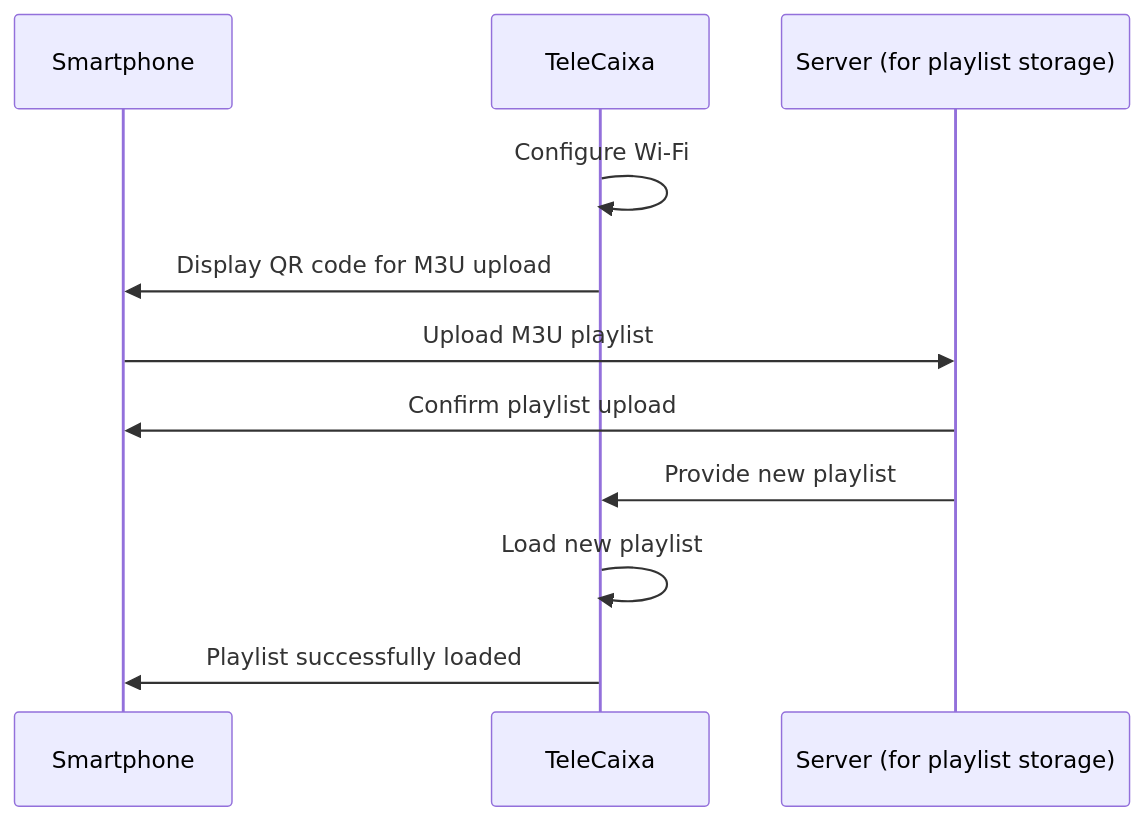
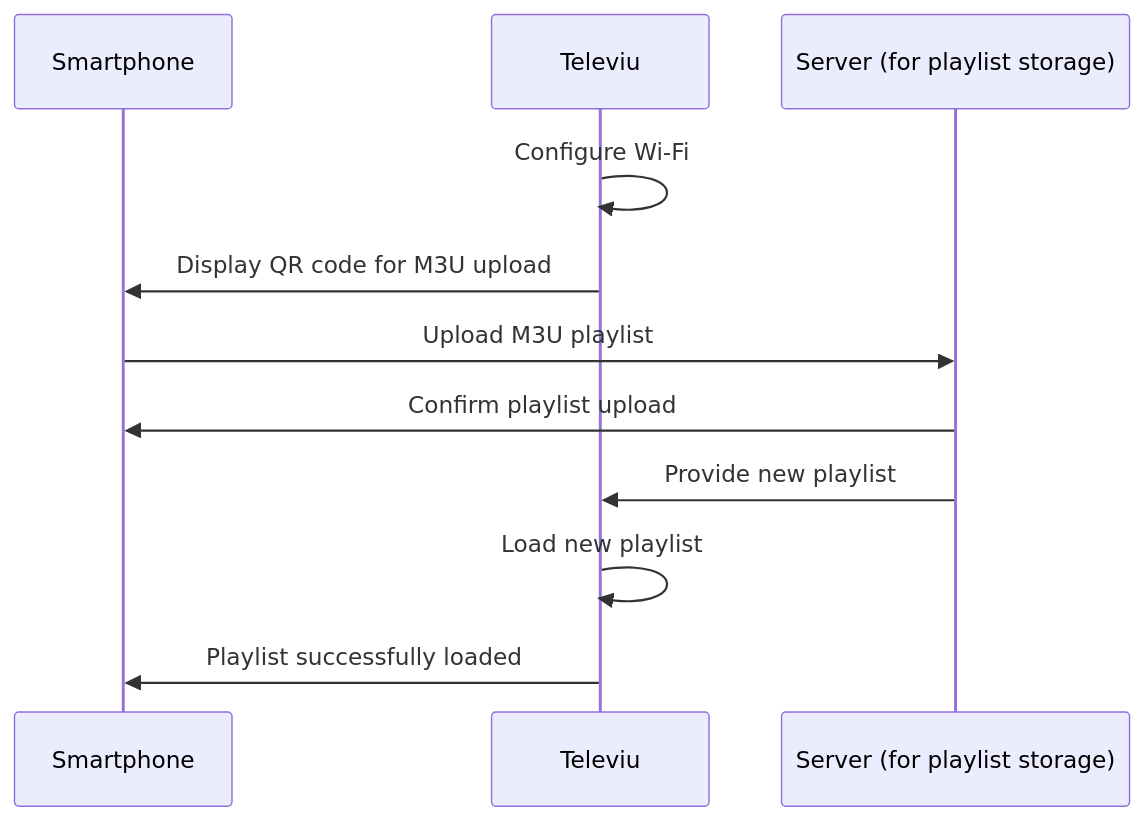
One commit to Telecaixa/.github changed the diagram in profile/README.md. Above: the diagram before and after it, drawn with Mermaid. The commit also changed other lines of this file, not shown here.

Commit message:
chore: rename project to Televiu

````diff
--- a/profile/README.md
+++ b/profile/README.md
@@ -25,14 +25,14 @@
 ```mermaid
 sequenceDiagram
     participant User as Smartphone
-    participant System as TeleCaixa
+    participant System as Televiu
     participant Server as Server (for playlist storage)
 
     System->>System: Configure Wi-Fi
     System->>User: Display QR code for M3U upload
     User->>Server: Upload M3U playlist
     Server->>User: Confirm playlist upload
     Server->>System: Provide new playlist
     System->>System: Load new playlist
     System->>User: Playlist successfully loaded
 ```
````
